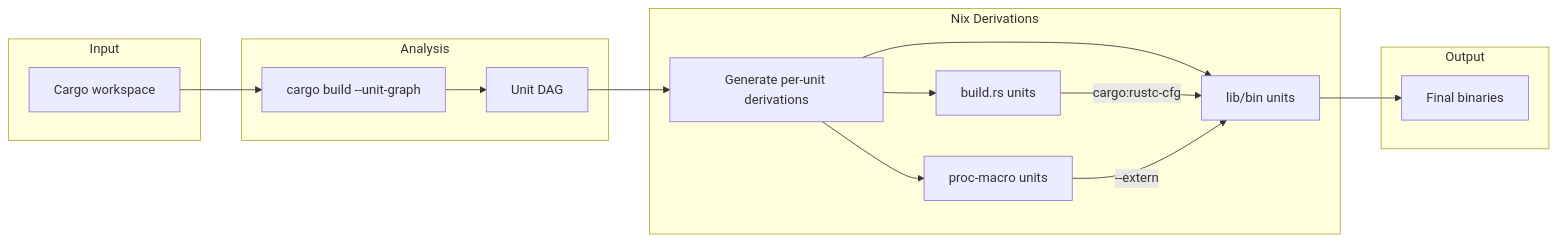
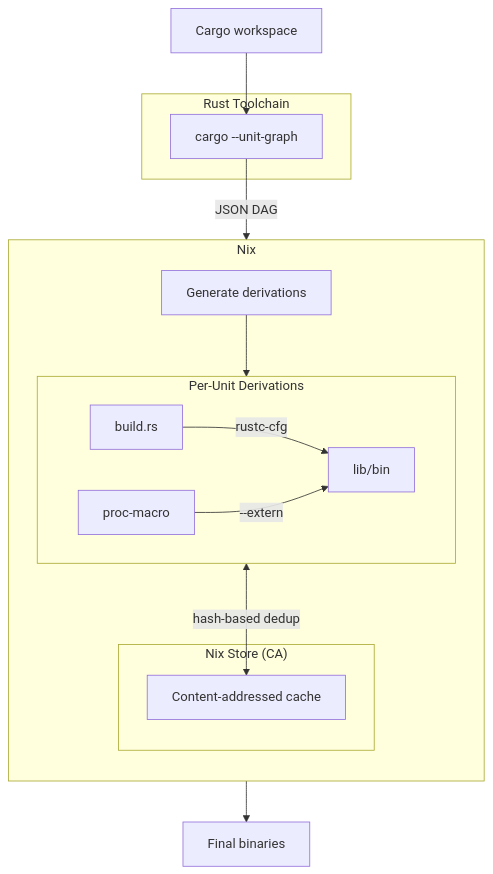
One commit to andrewgazelka/nix-cargo-unit changed the diagram in README.md. Above: the diagram before and after it, drawn with Mermaid. The commit also changed other lines of this file and 5 other files, not shown here.

````diff
--- a/README.md
+++ b/README.md
@@ -51,25 +51,30 @@
 ```mermaid
-flowchart LR
-    subgraph Input
-        src[Cargo workspace]
+flowchart TB
+    subgraph Rust["Rust Toolchain"]
+        cargo["cargo --unit-graph"]
     end
 
-    subgraph Analysis
-        src --> unitgraph[cargo build --unit-graph]
-        unitgraph --> dag[Unit DAG]
+    subgraph Nix["Nix"]
+        direction TB
+        gen[Generate derivations]
+
+        subgraph Units["Per-Unit Derivations"]
+            direction LR
+            build["build.rs"]
+            proc["proc-macro"]
+            lib["lib/bin"]
+        end
+
+        subgraph Store["Nix Store (CA)"]
+            cache["Content-addressed cache"]
+        end
     end
 
-    subgraph "Nix Derivations"
-        dag --> gen[Generate per-unit derivations]
-        gen --> build["build.rs units"]
-        gen --> proc["proc-macro units"]
-        gen --> lib["lib/bin units"]
-
-        build -->|cargo:rustc-cfg| lib
-        proc -->|--extern| lib
-    end
-
-    subgraph Output
-        lib --> bins[Final binaries]
-    end
+    src[Cargo workspace] --> cargo
+    cargo -->|"JSON DAG"| gen
+    gen --> Units
+    build -->|rustc-cfg| lib
+    proc -->|--extern| lib
+    Units <-->|"hash-based dedup"| cache
+    lib --> out[Final binaries]
 ```
````
